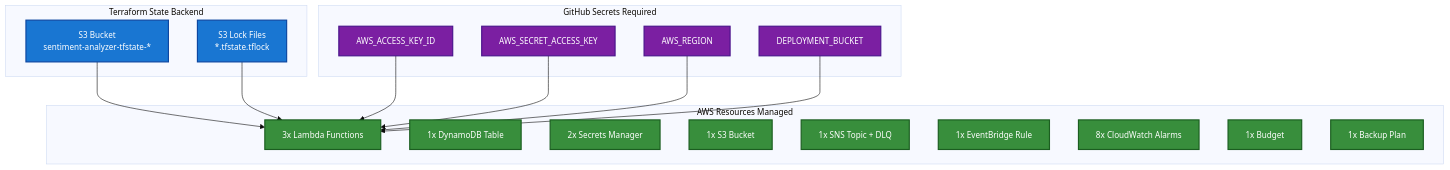
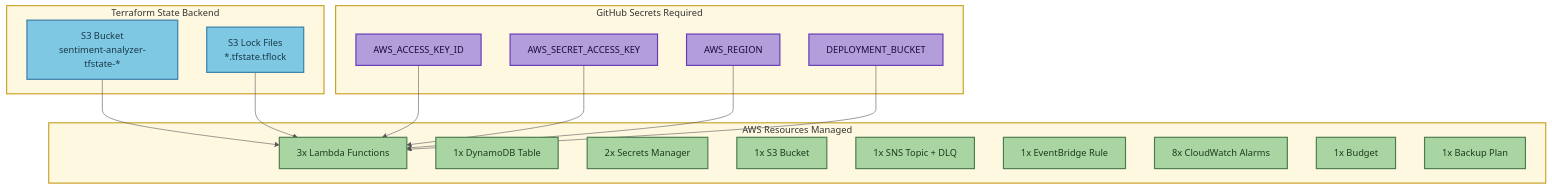
The sixth of 9 diagrams in docs/TERRAFORM_DEPLOYMENT_FLOW.md (traylorre/sentiment-analyzer-gsk), drawn with Mermaid before and after one commit. The commit also changed other lines of this file and 3 other files, not shown here.

First line of the commit message:
docs: Update mermaid diagrams with better contrast colors

````diff
--- a/docs/TERRAFORM_DEPLOYMENT_FLOW.md
+++ b/docs/TERRAFORM_DEPLOYMENT_FLOW.md
@@ -232,42 +248,44 @@
 ```mermaid
-%%{init: {'theme':'base', 'themeVariables': {'fontSize':'14px'}}}%%
+%%{init: {'theme':'base', 'themeVariables': {'primaryColor':'#fff8e1', 'primaryTextColor':'#333', 'primaryBorderColor':'#c9a227', 'lineColor':'#555'}}}%%
 graph TB
-    subgraph "Terraform State Backend"
+    subgraph StateBackend["Terraform State Backend"]
         A[S3 Bucket<br/>sentiment-analyzer-tfstate-*]
         B[S3 Lock Files<br/>*.tfstate.tflock]
     end
 
-    subgraph "GitHub Secrets Required"
+    subgraph GHSecrets["GitHub Secrets Required"]
         C[AWS_ACCESS_KEY_ID]
         D[AWS_SECRET_ACCESS_KEY]
         E[AWS_REGION]
         F[DEPLOYMENT_BUCKET]
     end
 
-    subgraph "AWS Resources Managed"
+    subgraph AWSResources["AWS Resources Managed"]
         G[3x Lambda Functions]
         H[1x DynamoDB Table]
         I[2x Secrets Manager]
         J[1x S3 Bucket]
         K[1x SNS Topic + DLQ]
         L[1x EventBridge Rule]
         M[8x CloudWatch Alarms]
         N[1x Budget]
         O[1x Backup Plan]
     end
 
     A --> G
     B --> G
     C --> G
     D --> G
     E --> G
     F --> G
 
-    classDef stateBackend fill:#1976d2,stroke:#0d47a1,stroke-width:2px,color:#fff
-    classDef secrets fill:#7b1fa2,stroke:#4a148c,stroke-width:2px,color:#fff
-    classDef resources fill:#388e3c,stroke:#1b5e20,stroke-width:2px,color:#fff
+    classDef stageBox fill:#fff8e1,stroke:#c9a227,stroke-width:2px,color:#333
+    classDef stateNode fill:#7ec8e3,stroke:#3a7ca5,stroke-width:2px,color:#1a3a4a
+    classDef secretNode fill:#b39ddb,stroke:#673ab7,stroke-width:2px,color:#1a0a3e
+    classDef resourceNode fill:#a8d5a2,stroke:#4a7c4e,stroke-width:2px,color:#1e3a1e
 
-    class A,B stateBackend
-    class C,D,E,F secrets
-    class G,H,I,J,K,L,M,N,O resources
+    class StateBackend,GHSecrets,AWSResources stageBox
+    class A,B stateNode
+    class C,D,E,F secretNode
+    class G,H,I,J,K,L,M,N,O resourceNode
 ```
````
